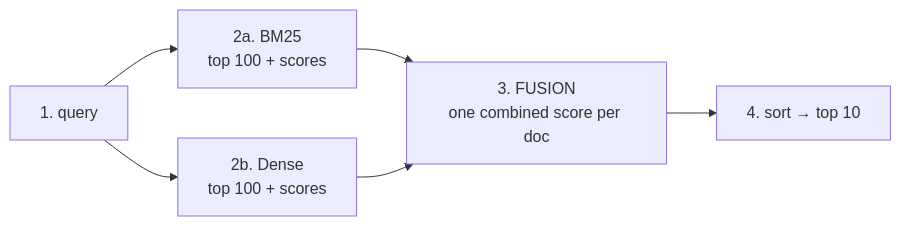
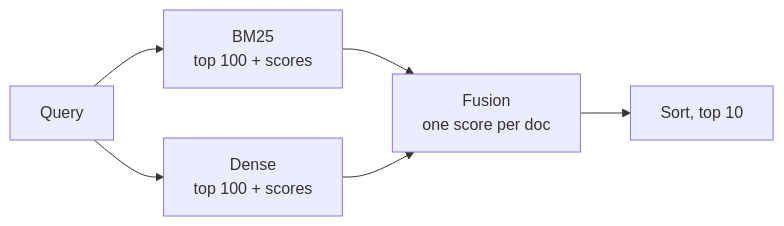
Before and after one commit to node31/fiqa-agentic-retrieval: the first of 3 diagrams in docs/from_zero/05_hybrid_and_reranking.md, drawn with Mermaid. The commit also changed other lines of this file and 9 other files, not shown here.

````diff
--- a/docs/from_zero/05_hybrid_and_reranking.md
+++ b/docs/from_zero/05_hybrid_and_reranking.md
@@ -23,8 +16,8 @@
 ```mermaid
 flowchart LR
-    Q["1. query"] --> B["2a. BM25<br/>top 100 + scores"]
-    Q --> D["2b. Dense<br/>top 100 + scores"]
-    B --> F["3. FUSION<br/>one combined score per doc"]
+    Q["Query"] --> B["BM25<br/>top 100 + scores"]
+    Q --> D["Dense<br/>top 100 + scores"]
+    B --> F["Fusion<br/>one score per doc"]
     D --> F
-    F --> T["4. sort → top 10"]
+    F --> T["Sort, top 10"]
 ```
````
